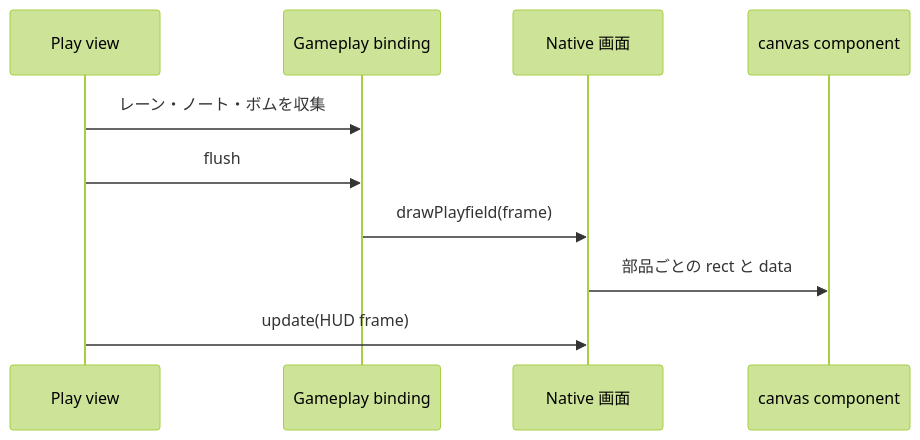
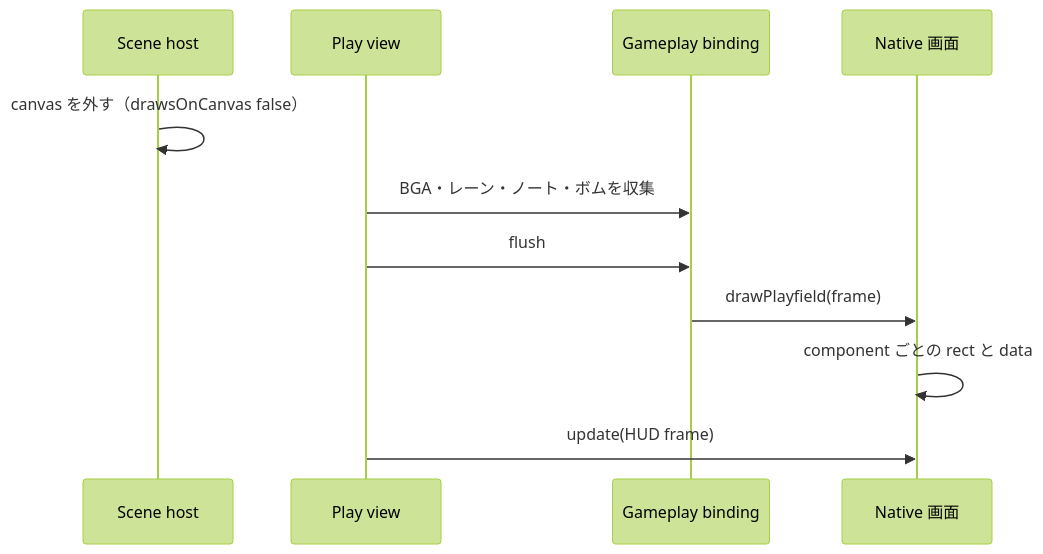
Before and after one commit to nulltask/be-music: the diagram in docs/adr/0014-native-playfield-components.ja.md, drawn with Mermaid (forest theme). The commit also changed other lines of this file and 5 other files, not shown here.

Commit message:
docs: cover the Native BGA component and canvas removal [ci skip]

````diff
--- a/docs/adr/0014-native-playfield-components.ja.md
+++ b/docs/adr/0014-native-playfield-components.ja.md
@@ -15,12 +17,13 @@
 ```mermaid
 sequenceDiagram
+  participant Host as Scene host
   participant Scene as Play view
   participant Binding as Gameplay binding
   participant Screen as Native 画面
-  participant Parts as canvas component
-  Scene->>Binding: レーン・ノート・ボムを収集
+  Host->>Host: canvas を外す（drawsOnCanvas false）
+  Scene->>Binding: BGA・レーン・ノート・ボムを収集
   Scene->>Binding: flush
   Binding->>Screen: drawPlayfield(frame)
-  Screen->>Parts: 部品ごとの rect と data
+  Screen->>Screen: component ごとの rect と data
   Scene->>Screen: update(HUD frame)
 ```
````
